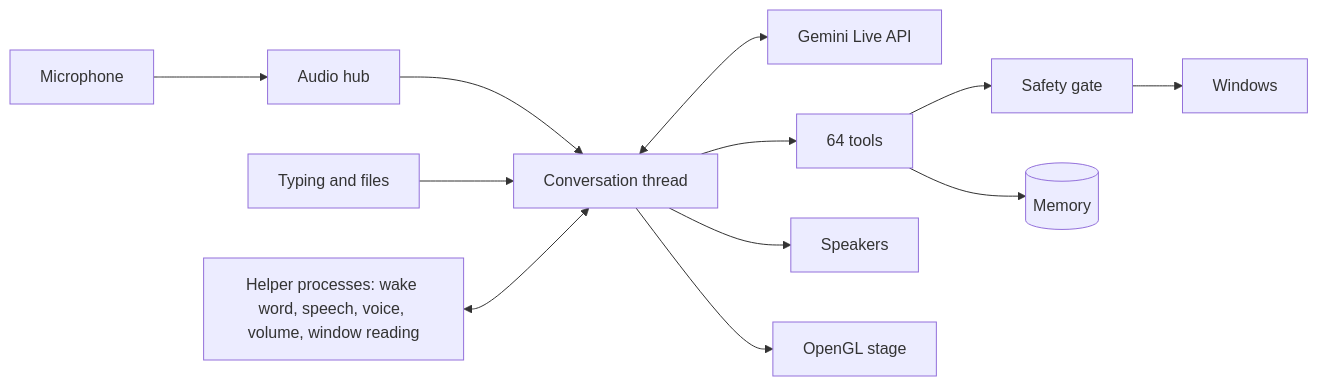
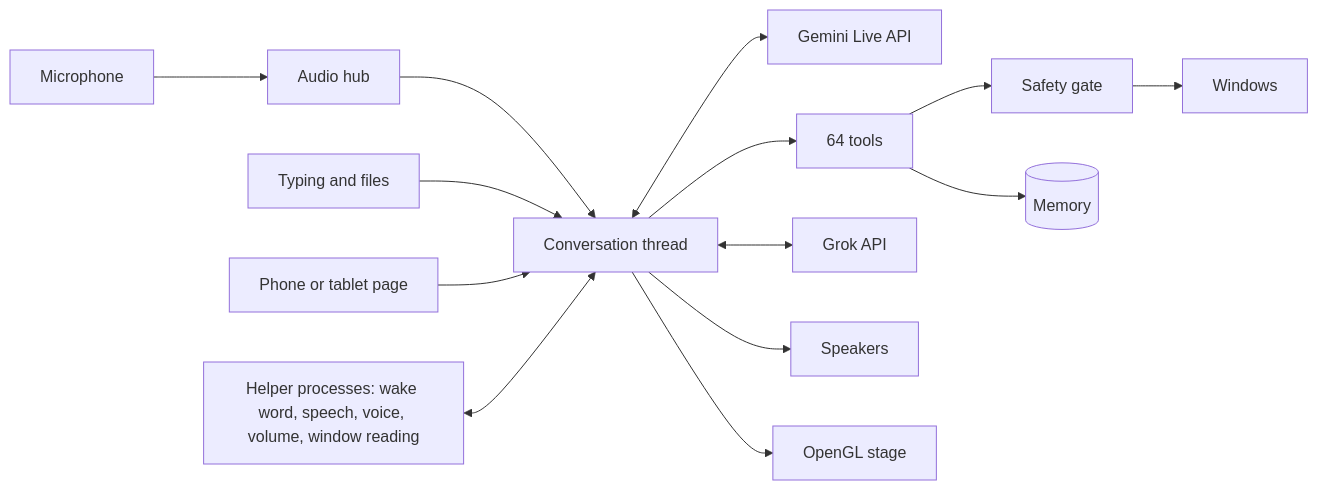
Before and after one commit to SAMIJAVED217/ALPHA: the second of 2 diagrams in README.md, drawn with Mermaid. The commit also changed other lines of this file and 5 other files, not shown here.

Commit message:
Add phone and tablet control with one-time pairing

````diff
--- a/README.md
+++ b/README.md
@@ -149,14 +170,16 @@
 ```mermaid
 flowchart LR
     Mic[Microphone] --> Hub[Audio hub]
     Hub --> Talk[Conversation thread]
     Keys[Typing and files] --> Talk
     Talk <--> Gemini[Gemini Live API]
     Talk --> Tools[64 tools]
+    Talk <--> Grok[Grok API]
+    Phone[Phone or tablet page] --> Talk
     Tools --> Gate[Safety gate]
     Gate --> PC[Windows]
     Tools --> Memory[(Memory)]
     Talk --> Speaker[Speakers]
     Talk --> Stage[OpenGL stage]
     Helpers[Helper processes: wake word, speech, voice, volume, window reading] <--> Talk
 ```
````
